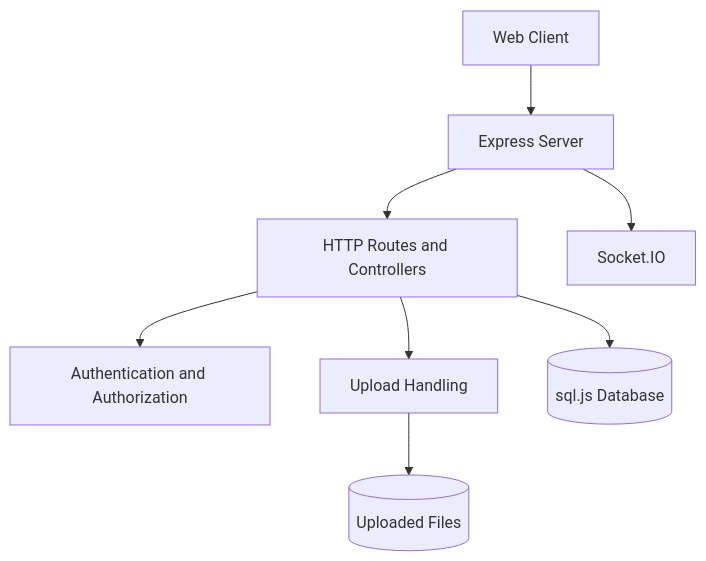
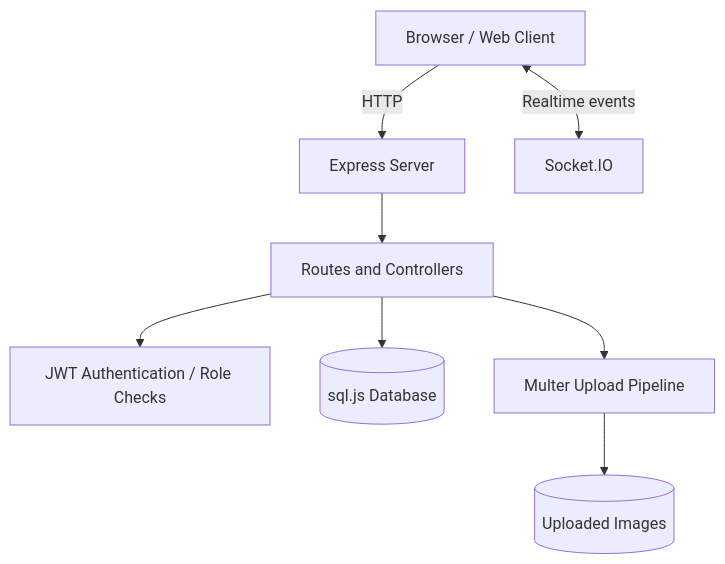
Before and after one commit to amirreza91-13/mirhaj-realestate: the diagram in README.md, drawn with Mermaid. The commit also changed other lines of this file, not shown here.

````diff
--- a/README.md
+++ b/README.md
@@ -44,10 +43,10 @@
 ```mermaid
 flowchart TD
-    C[Web Client] --> E[Express Server]
-    E --> R[HTTP Routes and Controllers]
-    E --> S[Socket.IO]
-    R --> A[Authentication and Authorization]
-    R --> U[Upload Handling]
+    B[Browser / Web Client] -->|HTTP| E[Express Server]
+    B <-->|Realtime events| S[Socket.IO]
+    E --> R[Routes and Controllers]
+    R --> A[JWT Authentication / Role Checks]
     R --> D[(sql.js Database)]
-    U --> F[(Uploaded Files)]
+    R --> U[Multer Upload Pipeline]
+    U --> F[(Uploaded Images)]
 ```
````
